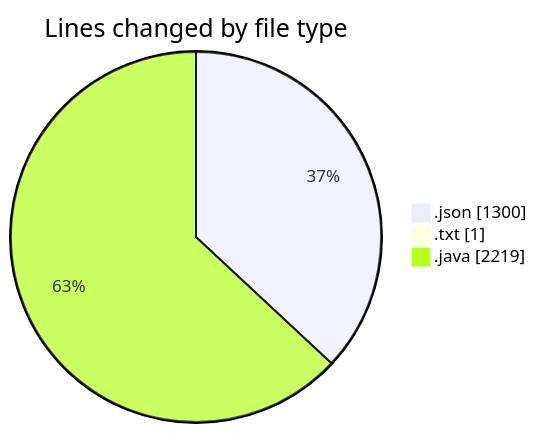
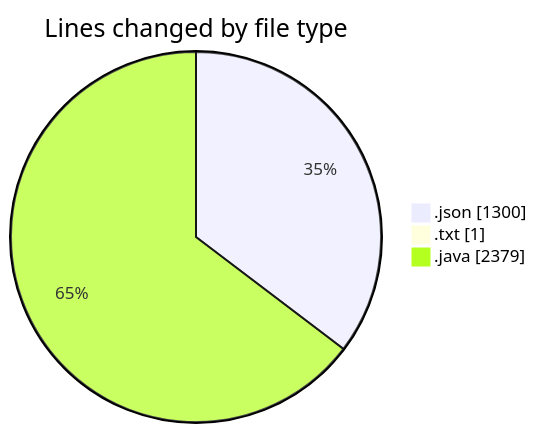
Before and after one commit to ricardozamudiocil/code-tracking: the first of 2 diagrams in 2026-10-15/cilapp/README.md, drawn with Mermaid. The commit also changed other lines of this file and 1 other file, not shown here.

````diff
--- a/2026-10-15/cilapp/README.md
+++ b/2026-10-15/cilapp/README.md
@@ -23,7 +23,7 @@
 ```mermaid
 pie showData
 title Lines changed by file type
 ".json" : 1300
 ".txt" : 1
-".java" : 2219
+".java" : 2379
 ```
````
